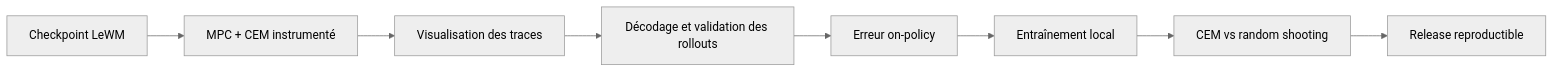
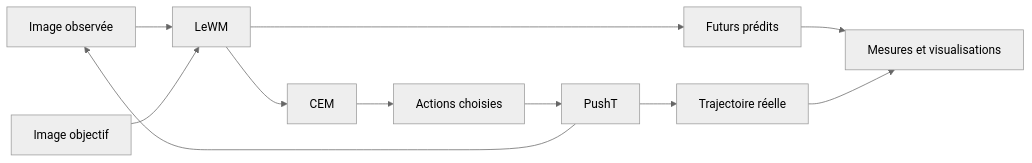
The diagram in README.md (AlexandreEDMOND/lewm-pusht-planning-lab), drawn with Mermaid (neutral theme) before and after one commit. The commit also changed other lines of this file and 5 other files, not shown here.

````diff
--- a/README.md
+++ b/README.md
@@ -118,10 +32,13 @@
 ```mermaid
 flowchart LR
-    A[Checkpoint LeWM] --> B[MPC + CEM instrumenté]
-    B --> C[Visualisation des traces]
-    C --> D[Décodage et validation des rollouts]
-    D --> E[Erreur on-policy]
-    E --> F[Entraînement local]
-    F --> G[CEM vs random shooting]
-    G --> H[Release reproductible]
+    O[Image observée] --> W[LeWM]
+    G[Image objectif] --> W
+    W --> C[CEM]
+    C --> A[Actions choisies]
+    A --> E[PushT]
+    E --> O
+    W --> P[Futurs prédits]
+    E --> R[Trajectoire réelle]
+    P --> D[Mesures et visualisations]
+    R --> D
 ```
````
